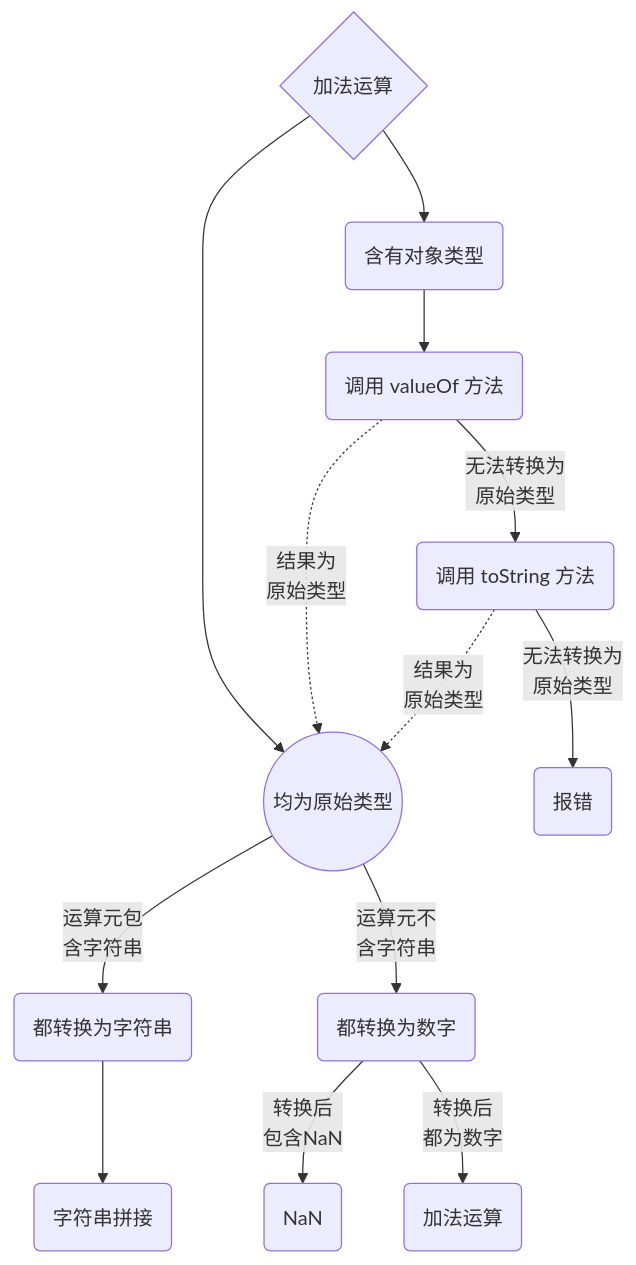
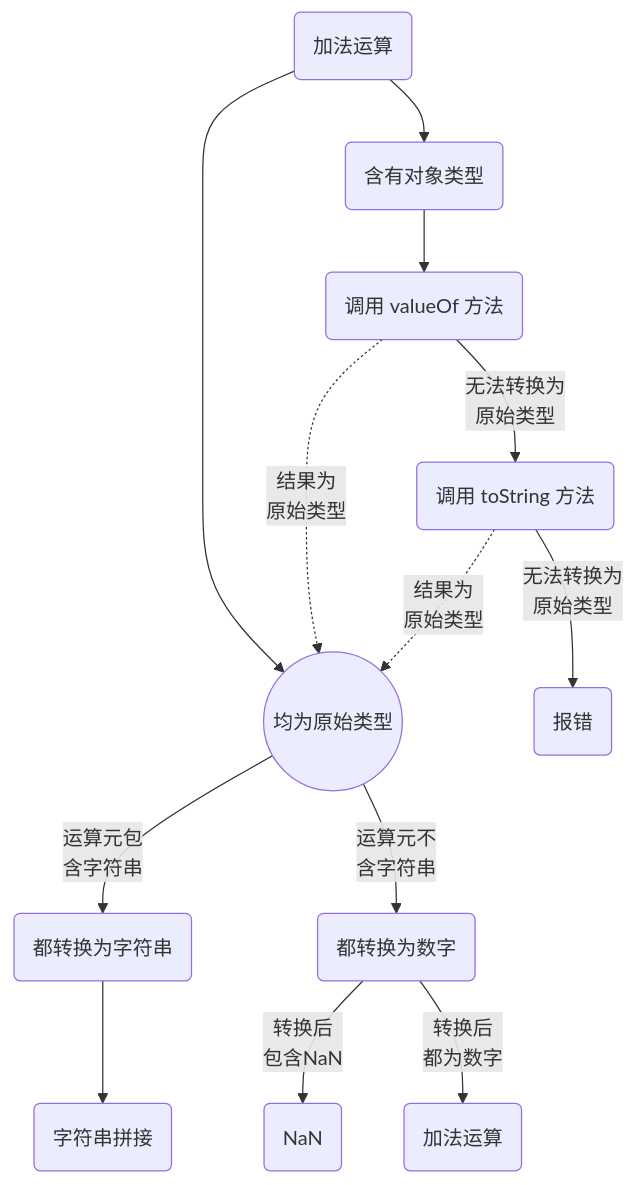
The diagram in docs/blog-js/14.md (wzCoding/blog), drawn with Mermaid before and after one commit. The commit also changed other lines of this file, not shown here.

````diff
--- a/docs/blog-js/14.md
+++ b/docs/blog-js/14.md
@@ -134,15 +134,15 @@
 ```mermaid
 graph TB
-   0{加法运算}-->1((均为原始类型))
+   0(加法运算)-->1((均为原始类型))
    1--运算元包<br>含字符串--> 3(都转换为字符串)
    3-->4(字符串拼接)
    1--运算元不<br>含字符串-->5(都转换为数字)
    5--转换后<br>包含NaN-->6(NaN)
    5--转换后<br>都为数字-->7(加法运算)
    0-->2(含有对象类型)
    2-->8(调用 valueOf 方法)
    8-.结果为<br>原始类型.->1
    8--无法转换为<br>原始类型-->9(调用 toString 方法)
    9-.结果为<br>原始类型.->1
    9--无法转换为<br>原始类型-->10(报错)
 ```
````
